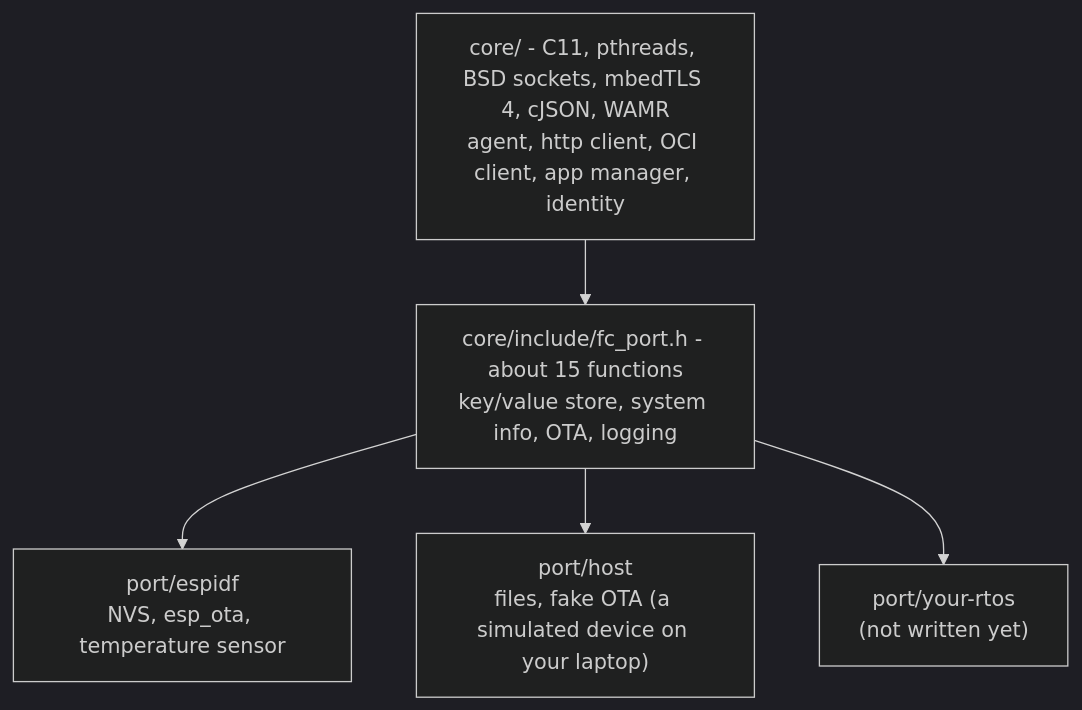
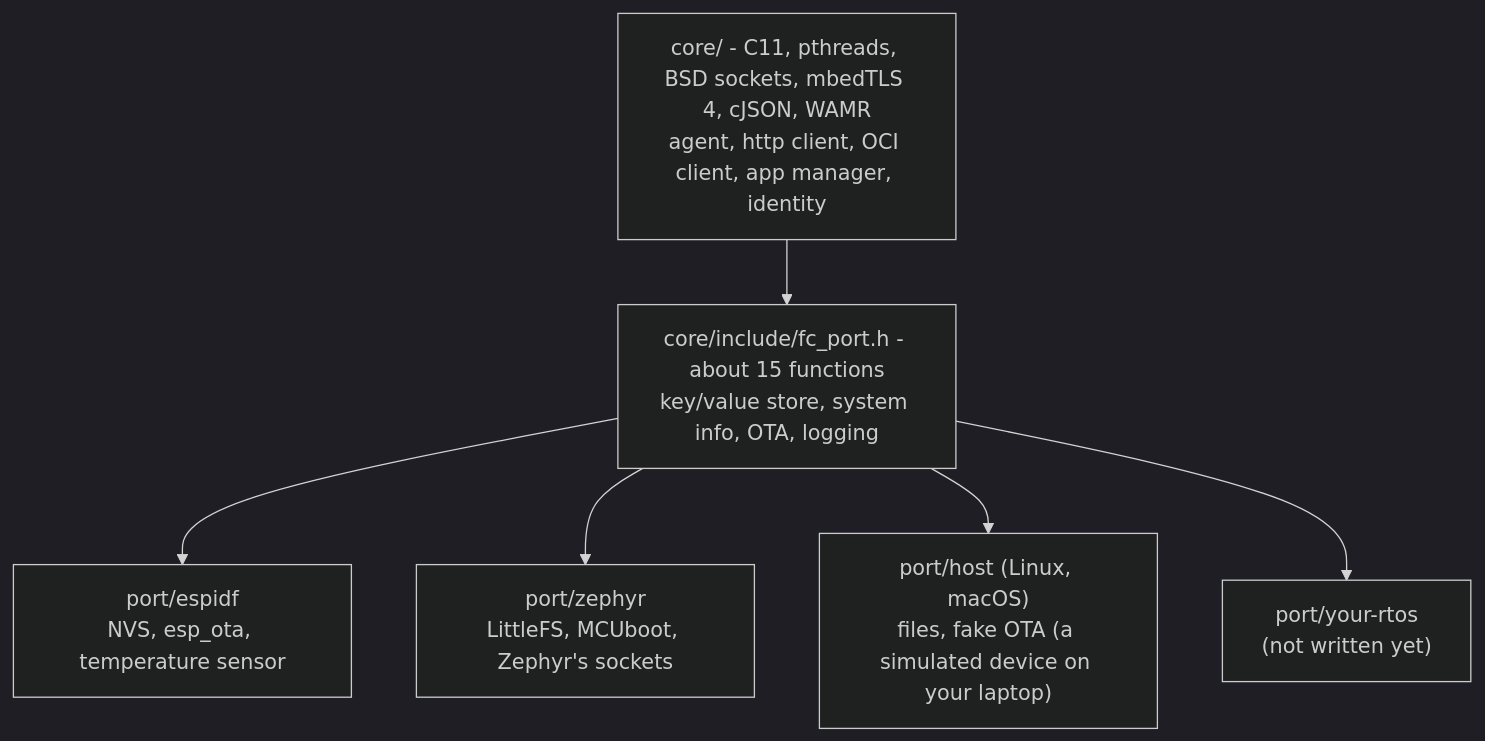
Before and after one commit to francescopace/flightctl-mcu: the second of 3 diagrams in README.md, drawn with Mermaid (dark theme). The commit also changed other lines of this file and 3 other files, not shown here.

````diff
--- a/README.md
+++ b/README.md
@@ -69,12 +69,14 @@
 ```mermaid
 flowchart TB
   core["core/ - C11, pthreads, BSD sockets, mbedTLS 4, cJSON, WAMR<br/>agent, http client, OCI client, app manager, identity"]
   port["core/include/fc_port.h - about 15 functions<br/>key/value store, system info, OTA, logging"]
   esp["port/espidf<br/>NVS, esp_ota, temperature sensor"]
-  host["port/host<br/>files, fake OTA (a simulated device on your laptop)"]
+  zephyr["port/zephyr<br/>LittleFS, MCUboot, Zephyr's sockets"]
+  host["port/host (Linux, macOS)<br/>files, fake OTA (a simulated device on your laptop)"]
   other["port/your-rtos<br/>(not written yet)"]
   core --> port
   port --> esp
+  port --> zephyr
   port --> host
   port --> other
 ```
````
